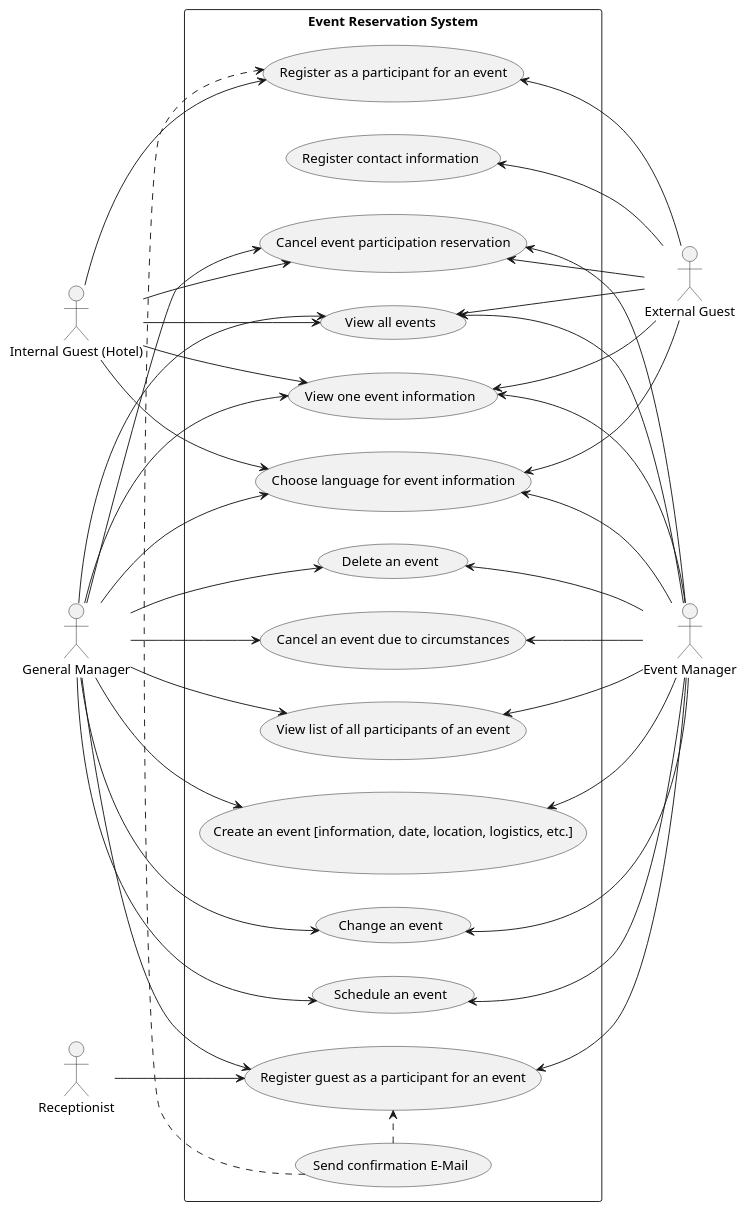
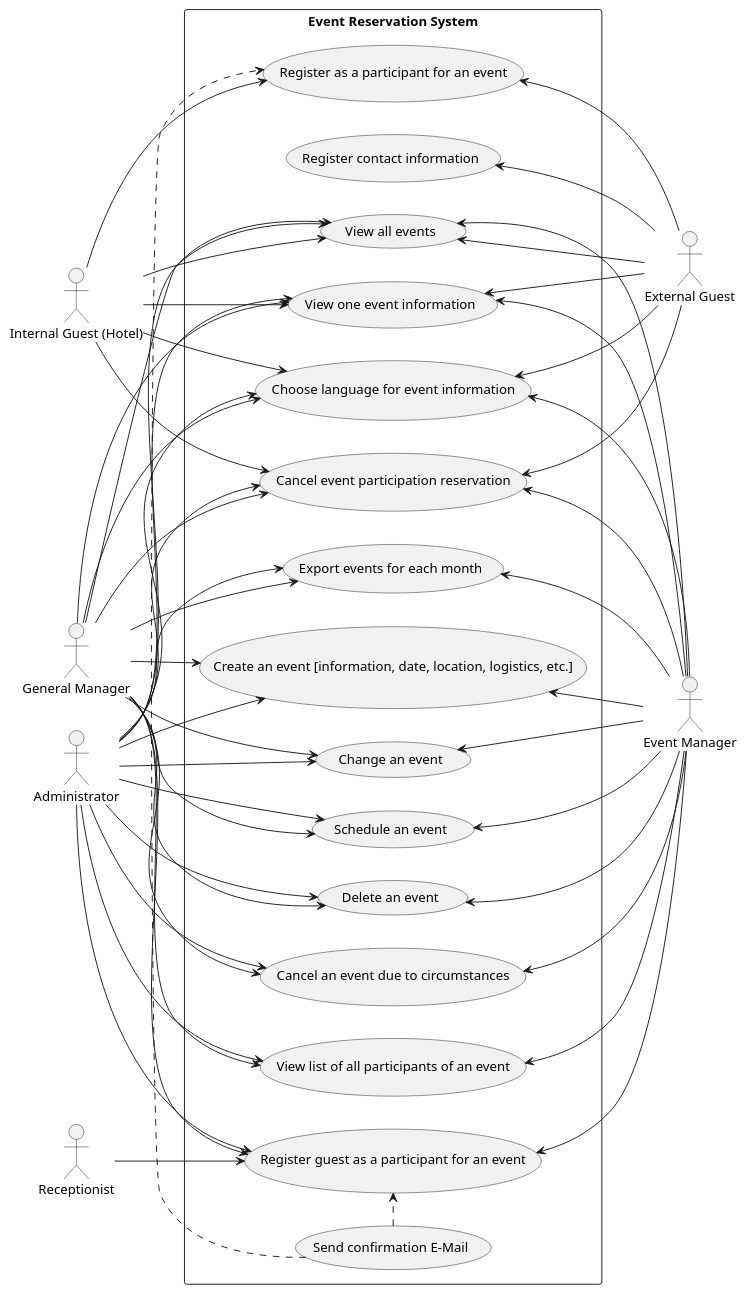
Before and after one commit to mrjink/molveno: the diagram in src/main/docs/uml/use-case/events/reservation.puml, drawn with PlantUML.

Commit message:
Update reservation.puml
missing exports

```diff
--- a/src/main/docs/uml/use-case/events/reservation.puml
+++ b/src/main/docs/uml/use-case/events/reservation.puml
@@ -1,71 +1,87 @@
 @startuml
 
 left to right direction
 
 
 actor "Internal Guest (Hotel)" as Guest
 actor "Event Manager" as EM
 actor "General Manager" as GM
 actor "External Guest" as EX
 actor "Receptionist" as REC
+actor Administrator
 
 rectangle "Event Reservation System" {
     (Register as a participant for an event) as (EventBook)
     (Cancel event participation reservation) as (EventReservationCancel)
     (View all events) as (EventAll)
     (View one event information) as (EventView)
     (Choose language for event information) as (EventLanguage)
     (Create an event [information, date, location, logistics, etc.]) as (EventCreate)
     (Change an event) as (EventChange)
     (Schedule an event) as (EventSchedule)
     (Delete an event) as (EventDelete)
     (Cancel an event due to circumstances) as (EventCancel)
     (Register guest as a participant for an event) as (RegisterParticipant)
     (View list of all participants of an event) as (ViewAll)
-
+    (Export events for each month) as (export)
 
     Guest --> (EventBook)
     Guest --> (EventReservationCancel)
     Guest --> (EventAll)
     Guest --> (EventView)
     Guest --> (EventLanguage)
 
     (EventBook) <-- EX
     (EventReservationCancel) <-- EX
     (EventAll) <-- EX
     (EventView) <-- EX
     (EventLanguage) <-- EX
     (Register contact information) <-- EX
 
     (Send confirmation E-Mail) .> (EventBook)
 
     (EventAll) <-- EM
     (EventView) <-- EM
     (EventLanguage) <-- EM
     (EventCreate) <-- EM
     (EventChange) <-- EM
     (EventSchedule) <-- EM
     (EventDelete) <-- EM
     (EventReservationCancel) <-- EM
     (EventCancel) <-- EM
     (ViewAll) <-- EM
     (RegisterParticipant) <-- EM
+    (export) <-- EM
 
     GM --> (EventAll)
     GM --> (EventView)
     GM --> (EventLanguage)
     GM --> (EventCreate)
     GM --> (EventChange)
     GM --> (EventSchedule)
     GM --> (EventDelete)
     GM --> (EventReservationCancel)
     GM --> (EventCancel)
     GM --> (ViewAll)
     GM --> (RegisterParticipant)
+    GM --> (export)
+
+    Administrator --> (EventAll)
+    Administrator --> (EventView)
+    Administrator --> (EventLanguage)
+    Administrator --> (EventCreate)
+    Administrator --> (EventChange)
+    Administrator --> (EventSchedule)
+    Administrator --> (EventDelete)
+    Administrator --> (EventReservationCancel)
+    Administrator --> (EventCancel)
+    Administrator --> (ViewAll)
+    Administrator --> (RegisterParticipant)
+    Administrator --> (export)
 
     REC --> (RegisterParticipant)
 
     (Send confirmation E-Mail) .> (RegisterParticipant)
 }
 
 @enduml
```
